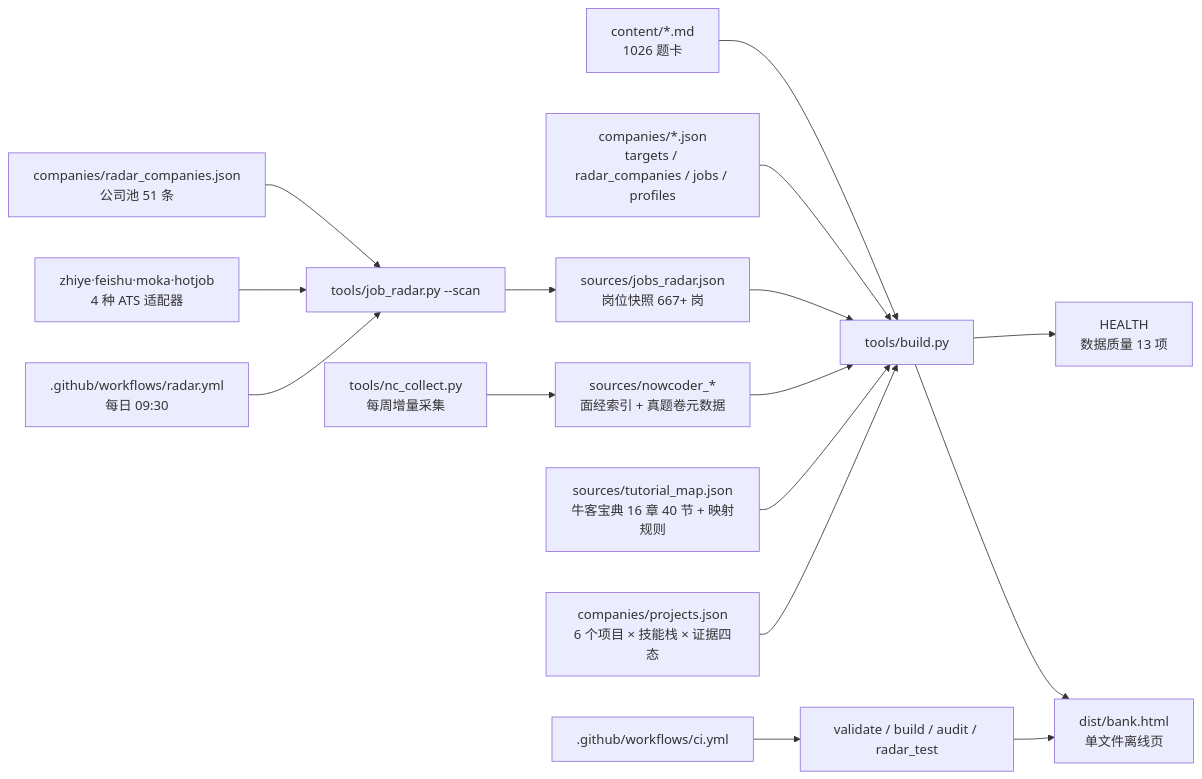
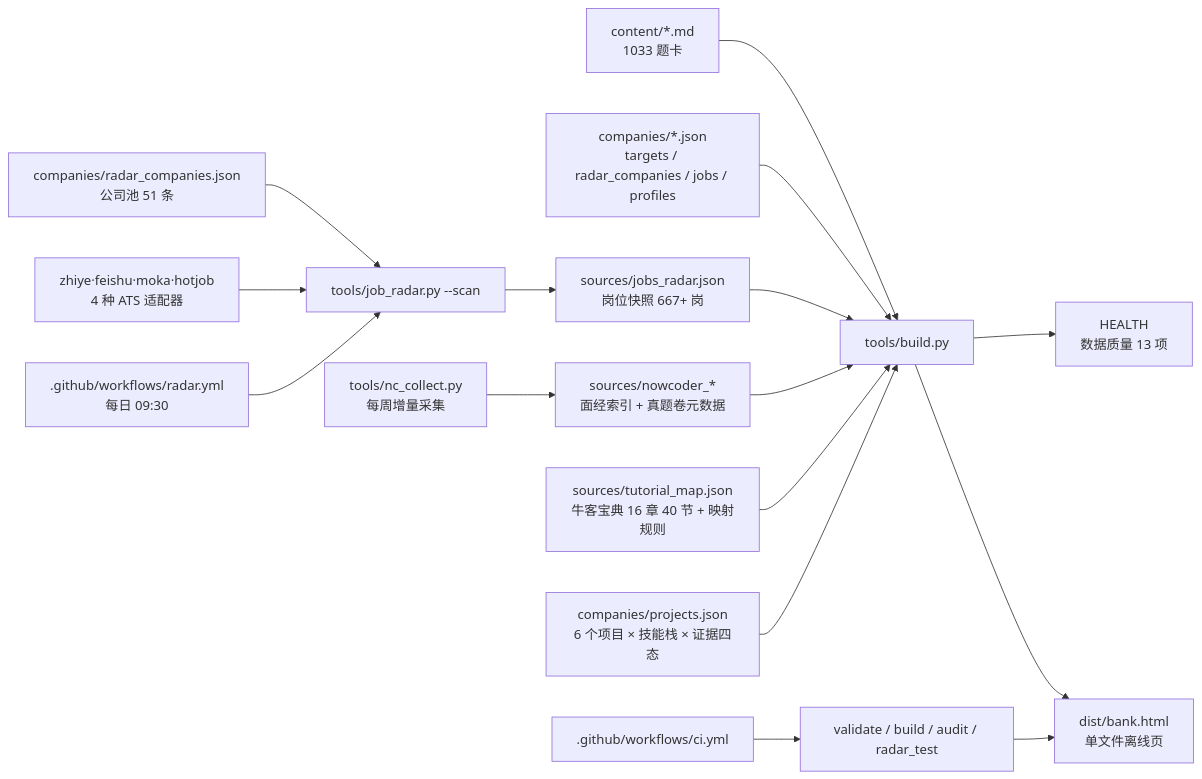
Before and after one commit to DOURENCHI/interview-bank: the diagram in docs/architecture.md, drawn with Mermaid. The commit also changed 15 other files, not shown here.

````diff
--- a/docs/architecture.md
+++ b/docs/architecture.md
@@ -22,18 +22,18 @@
 ```mermaid
 flowchart LR
-    A[content/*.md<br/>1026 题卡] --> B[tools/build.py]
+    A[content/*.md<br/>1033 题卡] --> B[tools/build.py]
     C[companies/*.json<br/>targets / radar_companies / jobs / profiles] --> B
     D[sources/jobs_radar.json<br/>岗位快照 667+ 岗] --> B
     N[sources/nowcoder_*<br/>面经索引 + 真题卷元数据] --> B
     T[sources/tutorial_map.json<br/>牛客宝典 16 章 40 节 + 映射规则] --> B
     PJ[companies/projects.json<br/>6 个项目 × 技能栈 × 证据四态] --> B
     B --> H2[HEALTH<br/>数据质量 13 项]
     B --> E[dist/bank.html<br/>单文件离线页]
     F[companies/radar_companies.json<br/>公司池 51 条] --> G[tools/job_radar.py --scan]
     G --> D
     G2[zhiye·feishu·moka·hotjob<br/>4 种 ATS 适配器] --> G
     H[.github/workflows/radar.yml<br/>每日 09:30] --> G
     NC[tools/nc_collect.py<br/>每周增量采集] --> N
     I[.github/workflows/ci.yml] --> J[validate / build / audit / radar_test]
     J --> E
 ```
````
